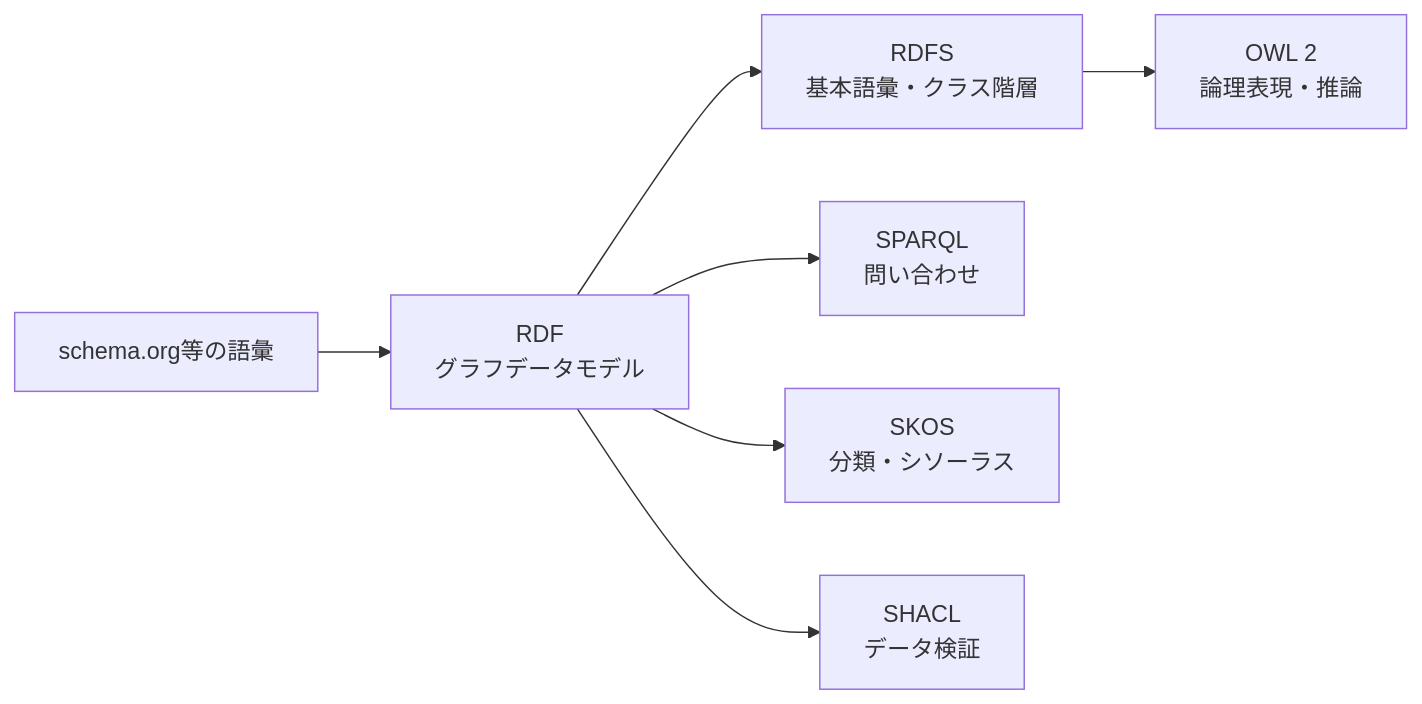
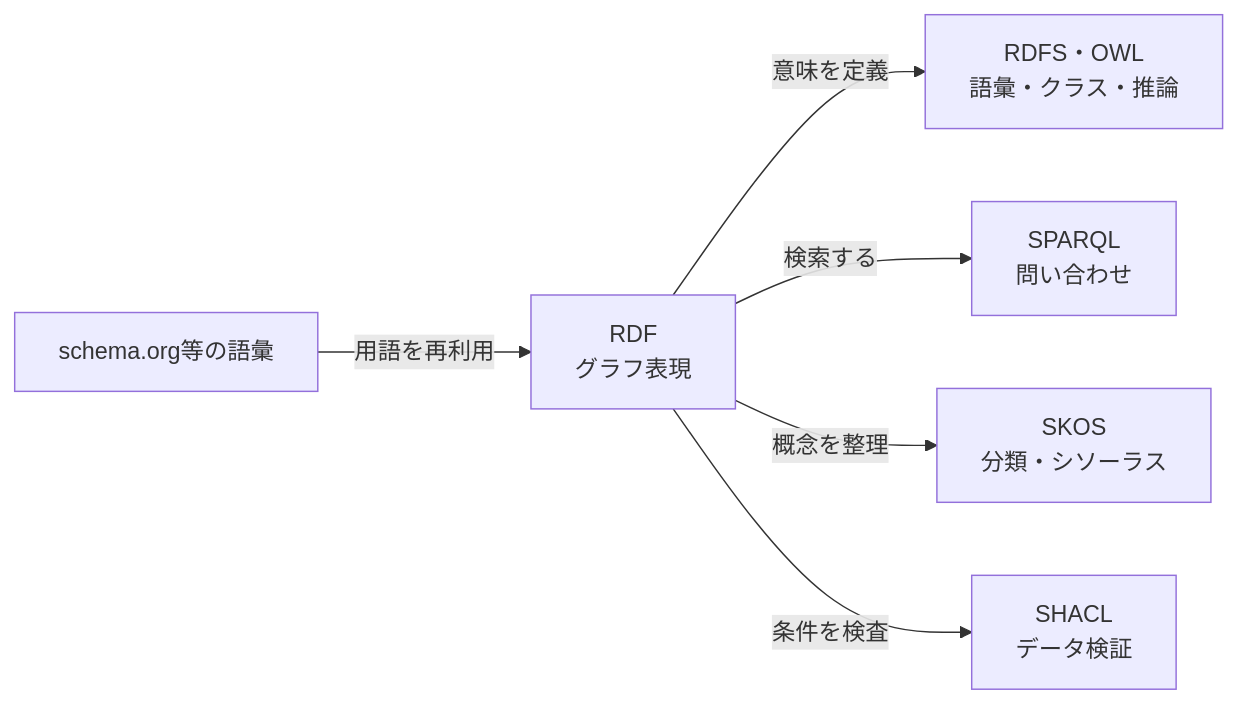
One commit to daylight55/research changed the third of 8 diagrams in articles/report/ontology-concept/ja/index.mdx. Above: the diagram before and after it, drawn with Mermaid. The commit also changed other lines of this file and 181 other files, not shown here.

First line of the commit message:
全記事の図解368点を再生成し、共通注意書きを削除 (#402)

````diff
--- a/articles/report/ontology-concept/ja/index.mdx
+++ b/articles/report/ontology-concept/ja/index.mdx
@@ -170,9 +157,16 @@
 ```mermaid
 flowchart LR
-  RDF["RDF<br/>グラフデータモデル"] --> RDFS["RDFS<br/>基本語彙・クラス階層"]
-  RDFS --> OWL["OWL 2<br/>論理表現・推論"]
-  RDF --> SPARQL["SPARQL<br/>問い合わせ"]
-  RDF --> SKOS["SKOS<br/>分類・シソーラス"]
-  RDF --> SHACL["SHACL<br/>データ検証"]
-  Vocab["schema.org等の語彙"] --> RDF
+  accTitle: RDF周辺の標準を用途で区別する
+  accDescr: RDFは表現、RDFS・OWLは語彙と推論、SPARQLは検索、SKOSは分類、SHACLは検証を担う。
+  N0["RDF<br/>グラフ表現"]
+  N1["RDFS・OWL<br/>語彙・クラス・推論"]
+  N2["SPARQL<br/>問い合わせ"]
+  N3["SKOS<br/>分類・シソーラス"]
+  N4["SHACL<br/>データ検証"]
+  N5["schema.org等の語彙"]
+  N0 -->|意味を定義| N1
+  N0 -->|検索する| N2
+  N0 -->|概念を整理| N3
+  N0 -->|条件を検査| N4
+  N5 -->|用語を再利用| N0
 ```
````
